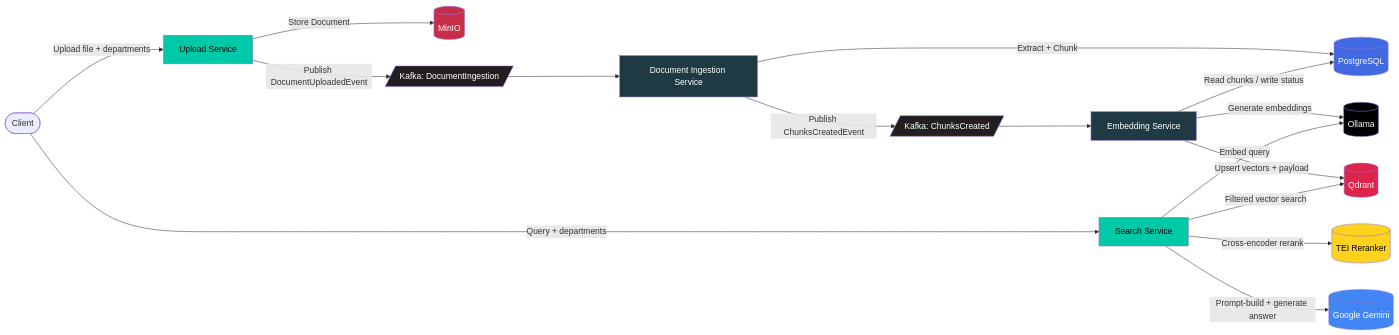
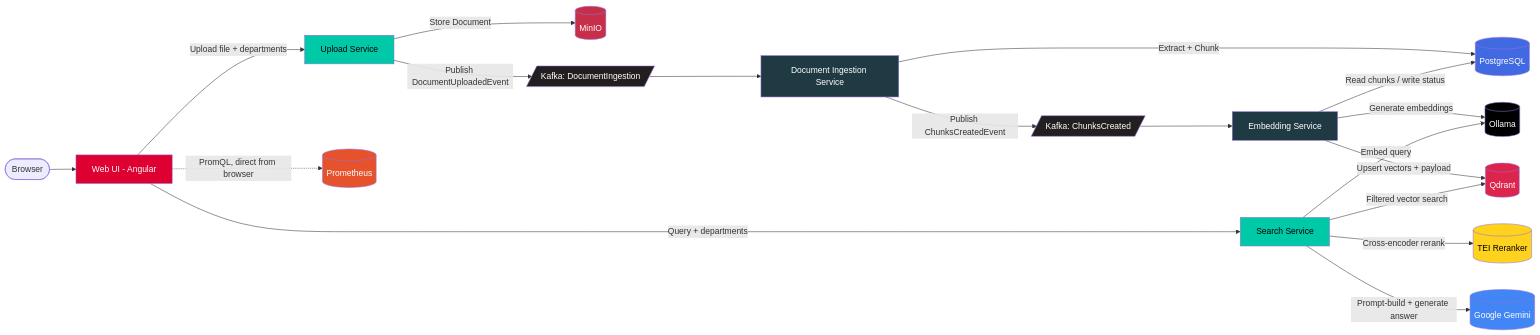
Before and after one commit to Sanket9326/Distrubuted-Search-Engine: the diagram in README.md, drawn with Mermaid. The commit also changed other lines of this file and 6 other files, not shown here.

````diff
--- a/README.md
+++ b/README.md
@@ -80,72 +82,80 @@
 ```mermaid
 flowchart LR
 
-Client([Client])
+Client([Browser])
+
+WebUI[Web UI - Angular]
 
 API[Upload Service]
 
 MinIO[(MinIO)]
 
 Kafka1[/Kafka: DocumentIngestion/]
 
 Worker[Document Ingestion Service]
 
 Postgres[(PostgreSQL)]
 
 Kafka2[/Kafka: ChunksCreated/]
 
 Embed[Embedding Service]
 
 Ollama[(Ollama)]
 
 Qdrant[(Qdrant)]
 
 Search[Search Service]
 
 Reranker[(TEI Reranker)]
 
 Gemini[(Google Gemini)]
 
-Client -->|Upload file + departments| API
+Client --> WebUI
+
+WebUI -->|Upload file + departments| API
 
 API -->|Store Document| MinIO
 
 API -->|Publish DocumentUploadedEvent| Kafka1
 
 Kafka1 --> Worker
 
 Worker -->|Extract + Chunk| Postgres
 
 Worker -->|Publish ChunksCreatedEvent| Kafka2
 
 Kafka2 --> Embed
 
 Embed -->|Read chunks / write status| Postgres
 
 Embed -->|Generate embeddings| Ollama
 
 Embed -->|Upsert vectors + payload| Qdrant
 
-Client -->|Query + departments| Search
+WebUI -->|Query + departments| Search
+
+WebUI -.->|PromQL, direct from browser| Prometheus[(Prometheus)]
 
 Search -->|Embed query| Ollama
 
 Search -->|Filtered vector search| Qdrant
 
 Search -->|Cross-encoder rerank| Reranker
 
 Search -->|Prompt-build + generate answer| Gemini
 
 style API fill:#00c9a7,color:#000
 style Search fill:#00c9a7,color:#000
+style WebUI fill:#DD0031,color:#fff
 style Worker fill:#203A43,color:#fff
 style Embed fill:#203A43,color:#fff
 style Kafka1 fill:#231F20,color:#fff
 style Kafka2 fill:#231F20,color:#fff
 style MinIO fill:#C72E49,color:#fff
 style Postgres fill:#4169E1,color:#fff
 style Qdrant fill:#DC244C,color:#fff
 style Ollama fill:#000000,color:#fff
 style Reranker fill:#FFD21E,color:#000
 style Gemini fill:#4285F4,color:#fff
+style Prometheus fill:#E6522C,color:#fff
 ```
````
